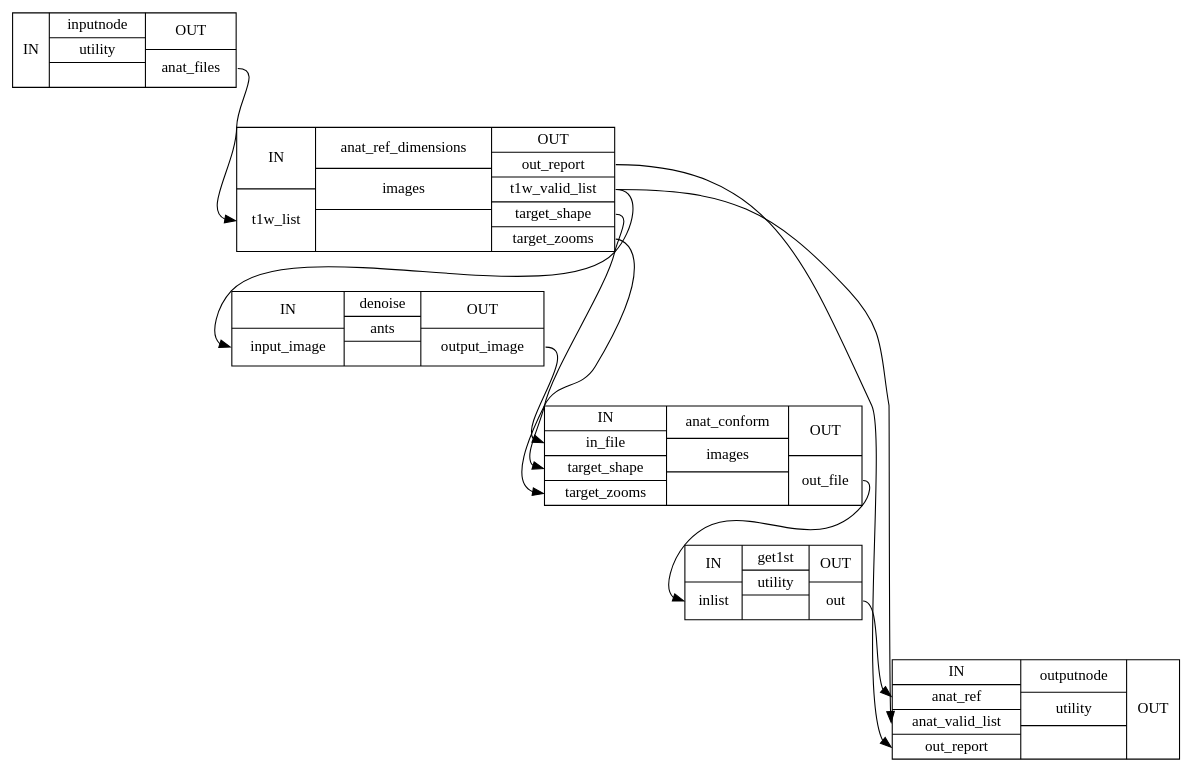
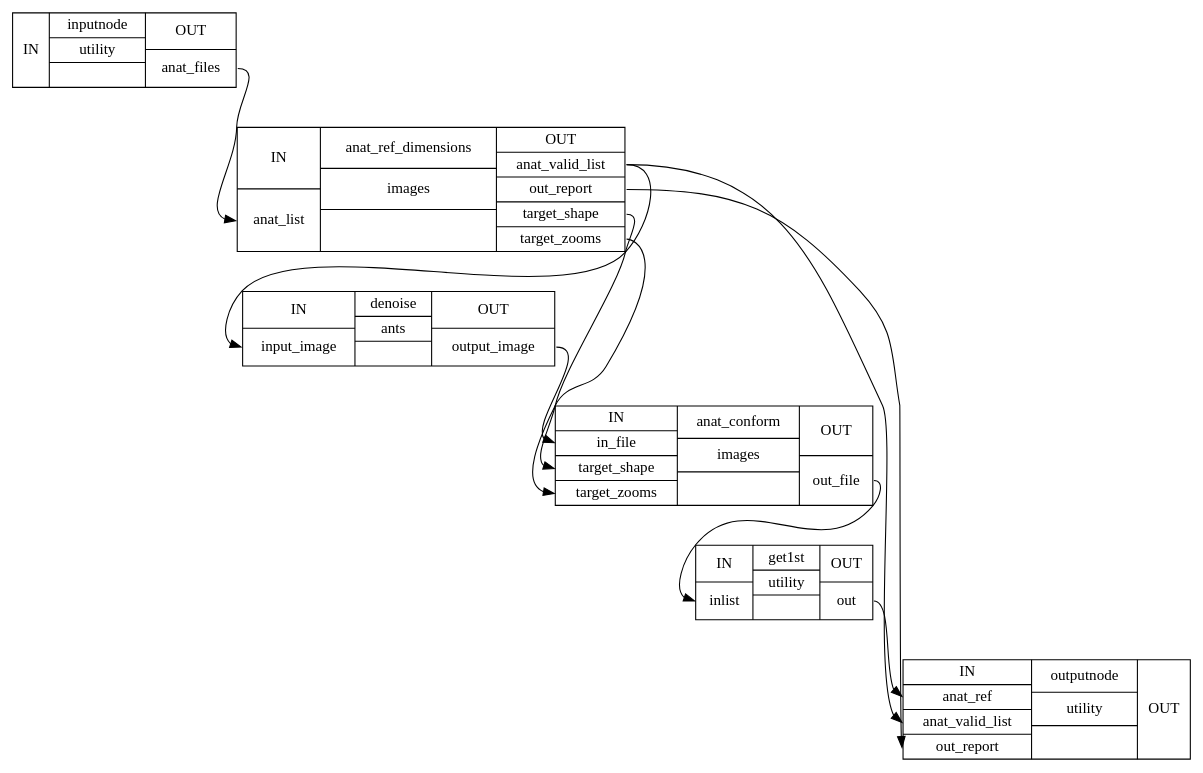
One commit to laviniawuensch/smriprep changed the diagram in wf_directive/api/anat_template_wf/smriprep-workflows-anatomical-3_detailed.dot. Above: the diagram before and after it, drawn with Graphviz. The commit also changed 2416 other files, not shown here.

```diff
--- a/wf_directive/api/anat_template_wf/smriprep-workflows-anatomical-3_detailed.dot
+++ b/wf_directive/api/anat_template_wf/smriprep-workflows-anatomical-3_detailed.dot
@@ -1,18 +1,18 @@
 digraph structs {
 node [shape=record];
 anat_template_wfinputnode [label="{IN}|{ inputnode | utility |  }|{OUT|<outanatfiles> anat_files}"];
-anat_template_wfanat_ref_dimensions [label="{IN|<int1wlist> t1w_list}|{ anat_ref_dimensions | images |  }|{OUT|<outoutreport> out_report|<outt1wvalidlist> t1w_valid_list|<outtargetshape> target_shape|<outtargetzooms> target_zooms}"];
+anat_template_wfanat_ref_dimensions [label="{IN|<inanatlist> anat_list}|{ anat_ref_dimensions | images |  }|{OUT|<outanatvalidlist> anat_valid_list|<outoutreport> out_report|<outtargetshape> target_shape|<outtargetzooms> target_zooms}"];
 anat_template_wfdenoise [label="{IN|<ininputimage> input_image}|{ denoise | ants |  }|{OUT|<outoutputimage> output_image}"];
 anat_template_wfanat_conform [label="{IN|<ininfile> in_file|<intargetshape> target_shape|<intargetzooms> target_zooms}|{ anat_conform | images |  }|{OUT|<outoutfile> out_file}"];
 anat_template_wfget1st [label="{IN|<ininlist> inlist}|{ get1st | utility |  }|{OUT|<outout> out}"];
 anat_template_wfoutputnode [label="{IN|<inanatref> anat_ref|<inanatvalidlist> anat_valid_list|<inoutreport> out_report}|{ outputnode | utility |  }|{OUT}"];
 anat_template_wfanat_conform:outoutfile:e -> anat_template_wfget1st:ininlist:w;
+anat_template_wfanat_ref_dimensions:outanatvalidlist:e -> anat_template_wfdenoise:ininputimage:w;
+anat_template_wfanat_ref_dimensions:outanatvalidlist:e -> anat_template_wfoutputnode:inanatvalidlist:w;
 anat_template_wfanat_ref_dimensions:outoutreport:e -> anat_template_wfoutputnode:inoutreport:w;
-anat_template_wfanat_ref_dimensions:outt1wvalidlist:e -> anat_template_wfdenoise:ininputimage:w;
-anat_template_wfanat_ref_dimensions:outt1wvalidlist:e -> anat_template_wfoutputnode:inanatvalidlist:w;
 anat_template_wfanat_ref_dimensions:outtargetshape:e -> anat_template_wfanat_conform:intargetshape:w;
 anat_template_wfanat_ref_dimensions:outtargetzooms:e -> anat_template_wfanat_conform:intargetzooms:w;
 anat_template_wfdenoise:outoutputimage:e -> anat_template_wfanat_conform:ininfile:w;
 anat_template_wfget1st:outout:e -> anat_template_wfoutputnode:inanatref:w;
-anat_template_wfinputnode:outanatfiles:e -> anat_template_wfanat_ref_dimensions:int1wlist:w;
+anat_template_wfinputnode:outanatfiles:e -> anat_template_wfanat_ref_dimensions:inanatlist:w;
 }
```
